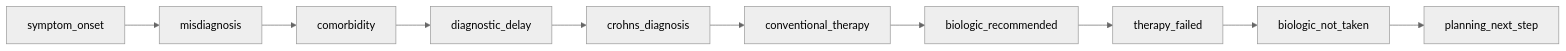
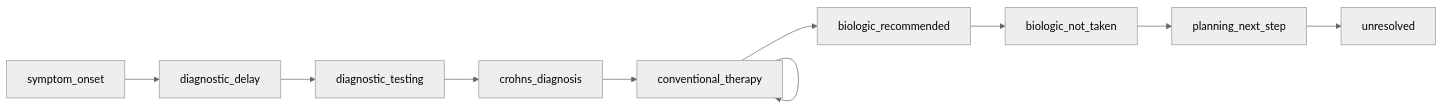
One commit to carecodeconnect/crohnicity changed diagram 17 of 50 in docs/referral_pathways.md. Above: the diagram before and after it, drawn with Mermaid. The commit also changed other lines of this file and 136 other files, not shown here.

````diff
--- a/docs/referral_pathways.md
+++ b/docs/referral_pathways.md
@@ -577,23 +635,22 @@
 ``` mermaid
 %%{init: {'theme':'neutral'}}%%
 flowchart LR
     n0["symptom_onset"]
-    n1["misdiagnosis"]
-    n2["comorbidity"]
-    n3["diagnostic_delay"]
-    n4["crohns_diagnosis"]
-    n5["conventional_therapy"]
-    n6["biologic_recommended"]
-    n7["therapy_failed"]
-    n8["biologic_not_taken"]
-    n9["planning_next_step"]
+    n1["diagnostic_delay"]
+    n2["diagnostic_testing"]
+    n3["crohns_diagnosis"]
+    n4["conventional_therapy"]
+    n5["biologic_recommended"]
+    n6["biologic_not_taken"]
+    n7["planning_next_step"]
+    n8["unresolved"]
     n0 -->n1
     n1 -->n2
     n2 -->n3
     n3 -->n4
+    n4 -->n4
     n4 -->n5
     n5 -->n6
     n6 -->n7
     n7 -->n8
-    n8 -->n9
 ```
````
